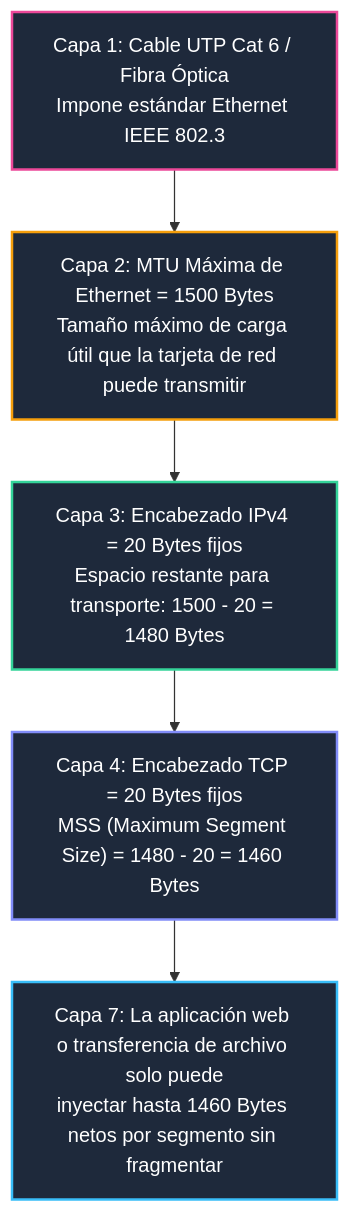
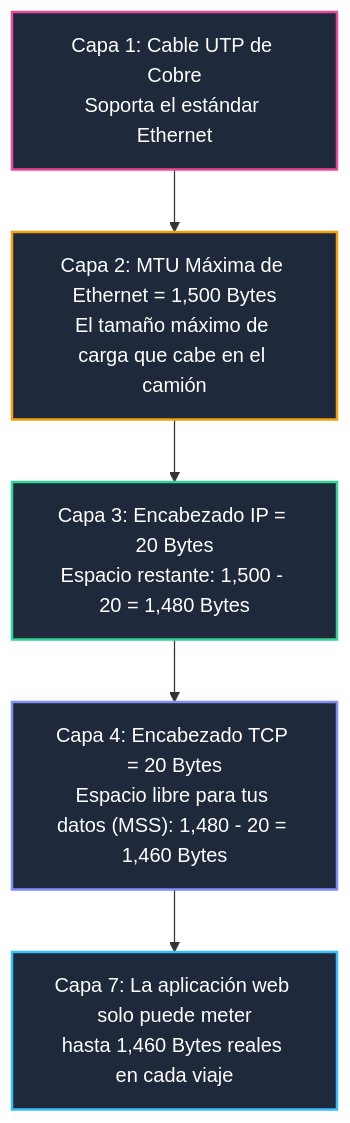
Before and after one commit to ch4rf/redes-computadoras: the second of 3 diagrams in Teoria/00_Integracion_Entre_Capas_Modelo_TCP_IP.md, drawn with Mermaid. The commit also changed other lines of this file and 14 other files, not shown here.

````diff
--- a/Teoria/00_Integracion_Entre_Capas_Modelo_TCP_IP.md
+++ b/Teoria/00_Integracion_Entre_Capas_Modelo_TCP_IP.md
@@ -52,13 +70,13 @@
 ```mermaid
 flowchart TD
-    L1["Capa 1: Cable UTP Cat 6 / Fibra Óptica<br/>Impone estándar Ethernet IEEE 802.3"] --> L2["Capa 2: MTU Máxima de Ethernet = 1500 Bytes<br/>Tamaño máximo de carga útil que la tarjeta de red puede transmitir"]
-    L2 --> L3["Capa 3: Encabezado IPv4 = 20 Bytes fijos<br/>Espacio restante para transporte: 1500 - 20 = 1480 Bytes"]
-    L3 --> L4["Capa 4: Encabezado TCP = 20 Bytes fijos<br/>MSS (Maximum Segment Size) = 1480 - 20 = 1460 Bytes"]
-    L4 --> L7["Capa 7: La aplicación web o transferencia de archivo solo puede<br/>inyectar hasta 1460 Bytes netos por segmento sin fragmentar"]
+    L1["Capa 1: Cable UTP de Cobre<br/>Soporta el estándar Ethernet"] --> L2["Capa 2: MTU Máxima de Ethernet = 1,500 Bytes<br/>El tamaño máximo de carga que cabe en el camión"]
+    L2 --> L3["Capa 3: Encabezado IP = 20 Bytes<br/>Espacio restante: 1,500 - 20 = 1,480 Bytes"]
+    L3 --> L4["Capa 4: Encabezado TCP = 20 Bytes<br/>Espacio libre para tus datos (MSS): 1,480 - 20 = 1,460 Bytes"]
+    L4 --> L7["Capa 7: La aplicación web solo puede meter<br/>hasta 1,460 Bytes reales en cada viaje"]
 
     style L1 fill:#1e293b,stroke:#ec4899,stroke-width:2px,color:#fff
     style L2 fill:#1e293b,stroke:#f59e0b,stroke-width:2px,color:#fff
     style L3 fill:#1e293b,stroke:#34d399,stroke-width:2px,color:#fff
     style L4 fill:#1e293b,stroke:#818cf8,stroke-width:2px,color:#fff
     style L7 fill:#1e293b,stroke:#38bdf8,stroke-width:2px,color:#fff
 ```
````
